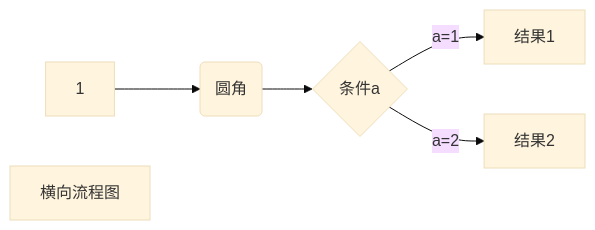
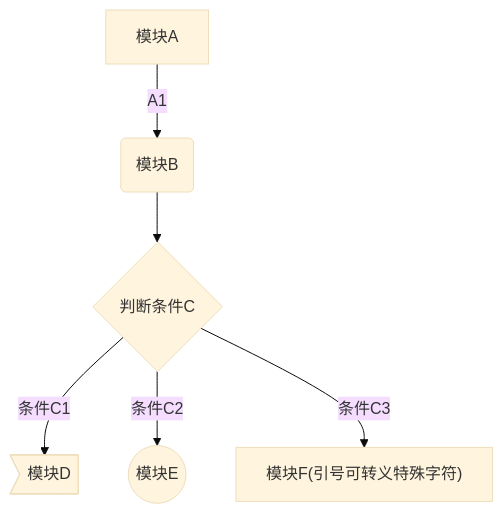
The diagram in QuestionNAnswer/technology tree.md (revengenowstudio/docs), drawn with Mermaid (base theme) before and after one commit.

Commit message:
Update technology tree.md

````diff
--- a/QuestionNAnswer/technology tree.md
+++ b/QuestionNAnswer/technology tree.md
@@ -1,8 +1,8 @@
 ```mermaid
-graph LR
-A[1] -->B(圆角)
-    B --> C{条件a}
-    C -->|a=1| D[结果1]
-    C -->|a=2| E[结果2]
-    F[横向流程图]
+graph TD
+A[模块A] -->|A1| B(模块B)
+B --> C{判断条件C}
+C -->|条件C1| D>模块D]
+C -->|条件C2| E((模块E))
+C -->|条件C3| F["模块F(引号可转义特殊字符)"]
 ```
````
